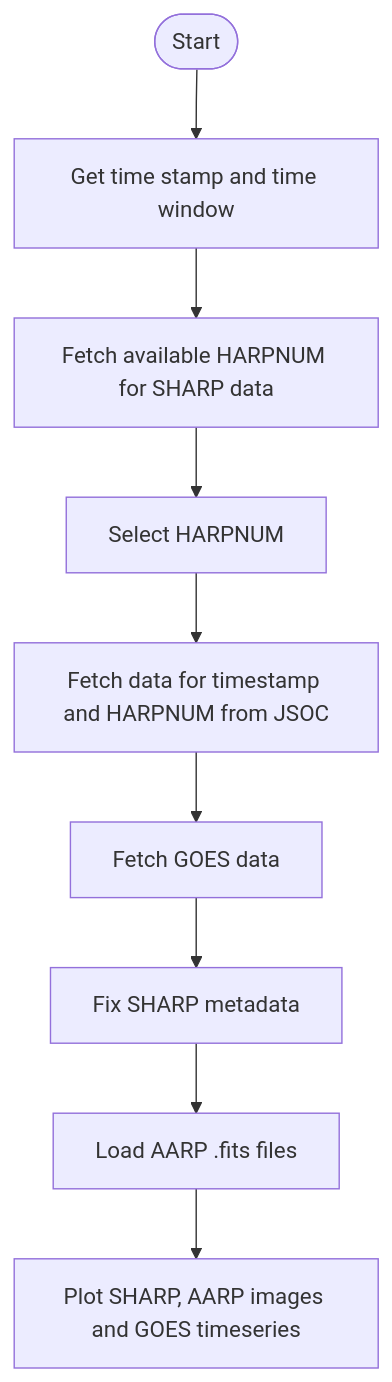
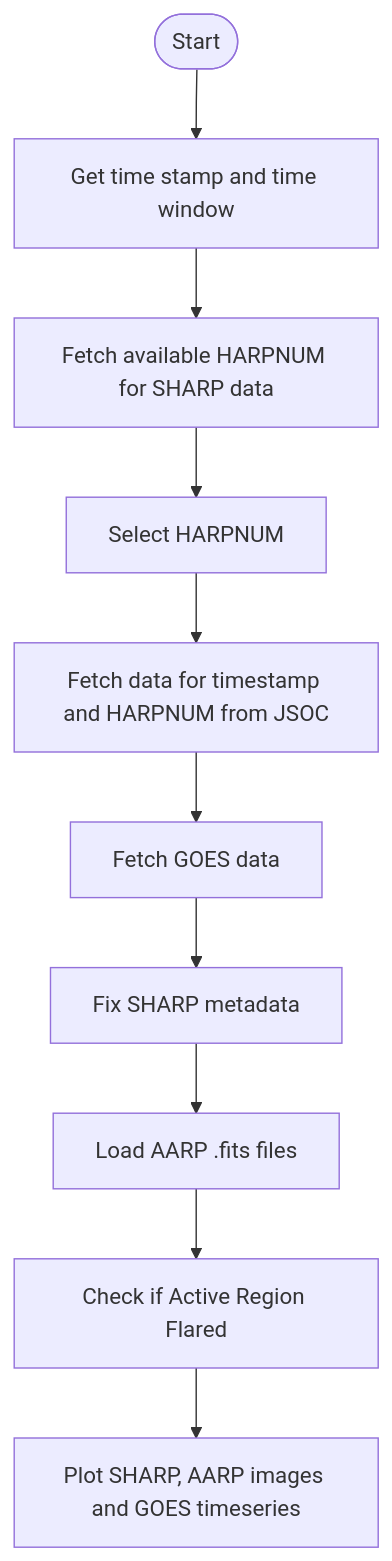
Before and after one commit to AryanVainala/Intership_Aryan_AstroML: the diagram in assignment_2/README.md, drawn with Mermaid. The commit also changed other lines of this file and 1 other file, not shown here.

Commit message:
Updated gitignore and the README for assignment 2.

````diff
--- a/assignment_2/README.md
+++ b/assignment_2/README.md
@@ -8,4 +8,4 @@
 ```mermaid
 flowchart TD
-A([Start])-->B[Get time stamp and time window]-->C[Fetch available HARPNUM for SHARP data]-->D[Select HARPNUM]-->E[Fetch data for timestamp and HARPNUM from JSOC]-->F[Fetch GOES data]-->G[Fix SHARP metadata]-->H[Load AARP .fits files]-->I[Plot SHARP, AARP images and GOES timeseries]
+A([Start])-->B[Get time stamp and time window]-->C[Fetch available HARPNUM for SHARP data]-->D[Select HARPNUM]-->E[Fetch data for timestamp and HARPNUM from JSOC]-->F[Fetch GOES data]-->G[Fix SHARP metadata]-->H[Load AARP .fits files]-->I[Check if Active Region Flared]-->J[Plot SHARP, AARP images and GOES timeseries]
 ```
````
